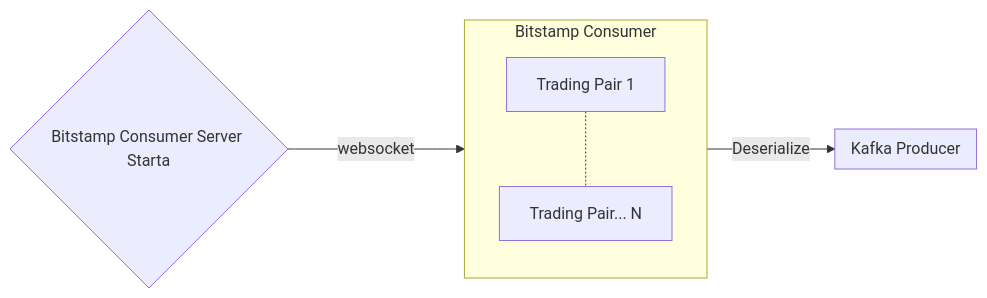
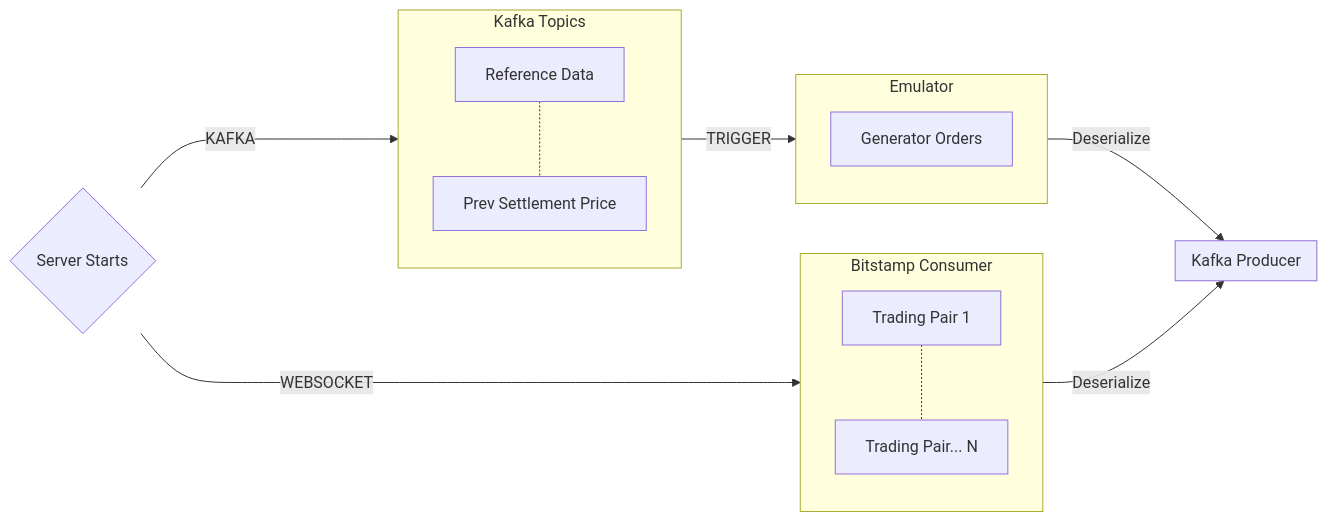
Before and after one commit to christopherrons/herron-bitstamp-adaptor: the diagram in docs/data-flow.md, drawn with Mermaid. The commit also changed 21 other files, not shown here.

````diff
--- a/docs/data-flow.md
+++ b/docs/data-flow.md
@@ -10,11 +10,24 @@
 ```mermaid
 flowchart LR;
-    BSC{Bitstamp Consumer Server Starta} ---> |websocket| BS
-    subgraph BS[Bitstamp Consumer]
-        TP1[Trading Pair 1] -.- TPN[Trading Pair... N]
-    end
-    
-    BS --> |Deserialize| KP
-    subgraph KP[Kafka Producer]
-    end
+BSC{Server Starts} --->|WEBSOCKET| BS
+BSC{Server Starts} --->|KAFKA|KT
+
+subgraph KT[Kafka Topics]
+K1[Reference Data] -.- K2[Prev Settlement Price]
+end
+
+
+subgraph BS[Bitstamp Consumer]
+TP1[Trading Pair 1] -.- TPN[Trading Pair... N]
+end
+
+subgraph EM[Emulator]
+GO[Generator Orders]
+end
+
+KT -->|TRIGGER|EM
+EM -->|Deserialize|KP
+BS -->|Deserialize|KP
+subgraph KP[Kafka Producer]
+end
 ```
````
